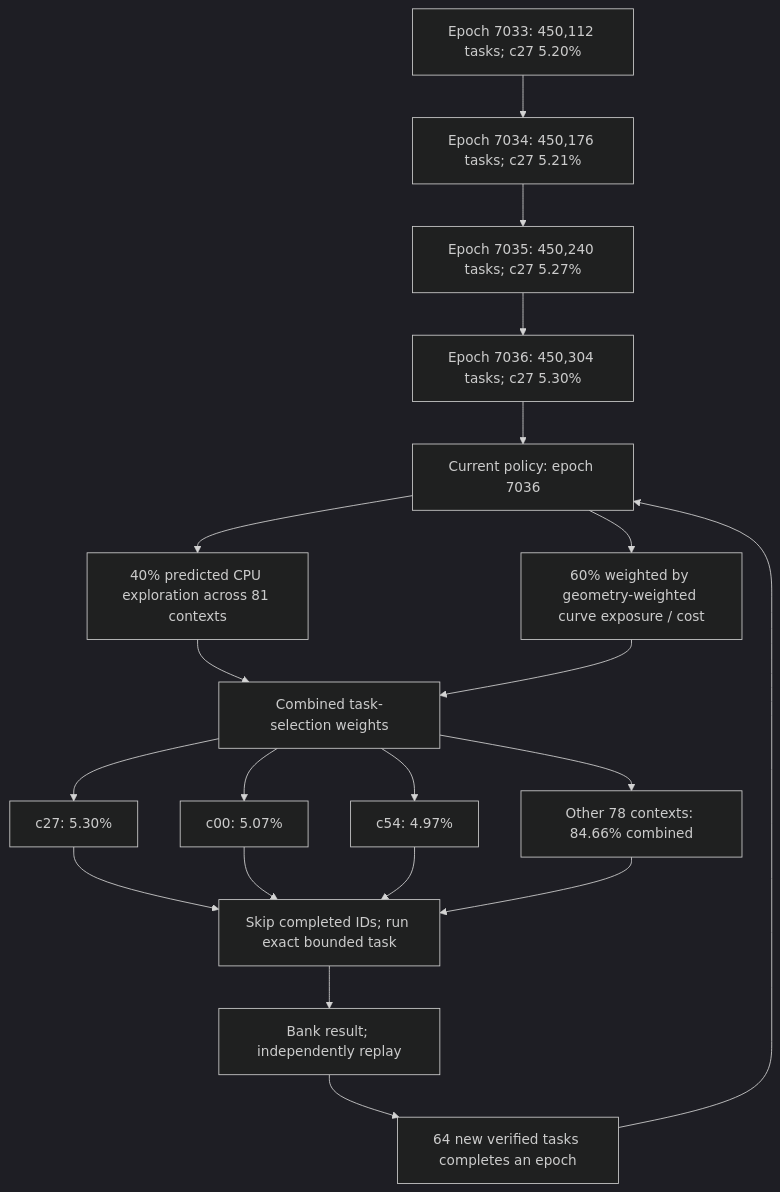
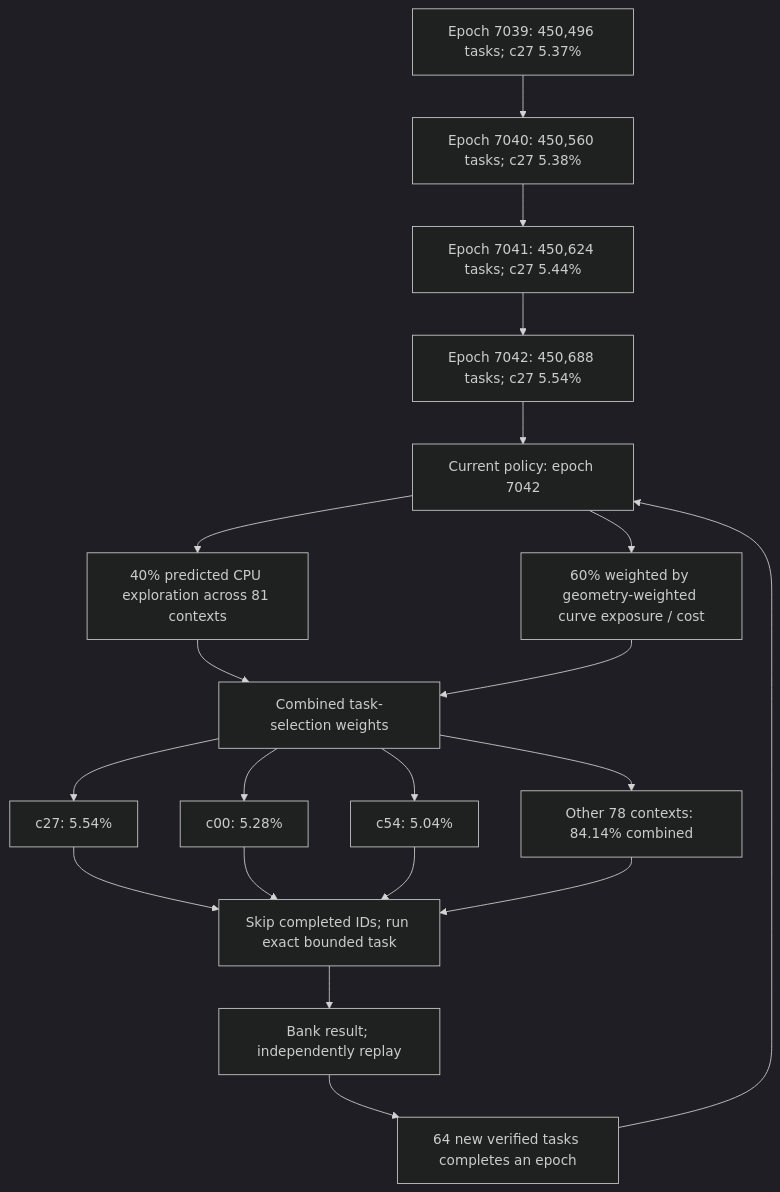
The first of 4 diagrams in README.md (Kuberwastaken/math-gambling), drawn with Mermaid (dark theme) before and after one commit. The commit also changed other lines of this file and 1439 other files, not shown here.

````diff
--- a/README.md
+++ b/README.md
@@ -60,27 +60,27 @@
 ```mermaid
 flowchart TD
-    H0["Epoch 7033: 450,112 tasks; c27 5.20%"]
-    H1["Epoch 7034: 450,176 tasks; c27 5.21%"]
+    H0["Epoch 7039: 450,496 tasks; c27 5.37%"]
+    H1["Epoch 7040: 450,560 tasks; c27 5.38%"]
     H0 --> H1
-    H2["Epoch 7035: 450,240 tasks; c27 5.27%"]
+    H2["Epoch 7041: 450,624 tasks; c27 5.44%"]
     H1 --> H2
-    H3["Epoch 7036: 450,304 tasks; c27 5.30%"]
+    H3["Epoch 7042: 450,688 tasks; c27 5.54%"]
     H2 --> H3
-    Policy["Current policy: epoch 7036"]
+    Policy["Current policy: epoch 7042"]
     H3 --> Policy
     Policy --> Explore["40% predicted CPU exploration across 81 contexts"]
     Policy --> Cost["60% weighted by geometry-weighted curve exposure / cost"]
     Explore --> Mix["Combined task-selection weights"]
     Cost --> Mix
-    Mix --> C0["c27: 5.30%"]
-    Mix --> C1["c00: 5.07%"]
-    Mix --> C2["c54: 4.97%"]
-    Mix --> Rest["Other 78 contexts: 84.66% combined"]
+    Mix --> C0["c27: 5.54%"]
+    Mix --> C1["c00: 5.28%"]
+    Mix --> C2["c54: 5.04%"]
+    Mix --> Rest["Other 78 contexts: 84.14% combined"]
     C0 --> Check["Skip completed IDs; run exact bounded task"]
     C1 --> Check
     C2 --> Check
     Rest --> Check
     Check --> Replay["Bank result; independently replay"]
     Replay --> Gate["64 new verified tasks completes an epoch"]
     Gate --> Policy
 ```
````
